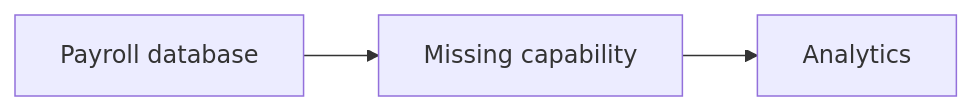
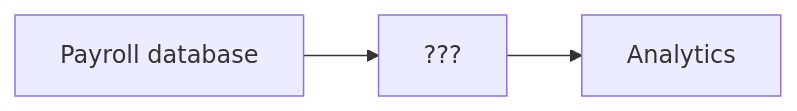
The first of 4 diagrams in content/posts/2026-03-13-impossible-requests-missing-capabilities.md (pasunboneleve/gcp-rust-blog-public), drawn with Mermaid before and after one commit. The commit also changed other lines of this file, not shown here.

````diff
--- a/content/posts/2026-03-13-impossible-requests-missing-capabilities.md
+++ b/content/posts/2026-03-13-impossible-requests-missing-capabilities.md
@@ -27,8 +26,8 @@
 ```mermaid
 flowchart LR
     payroll[Payroll database]
-    capability[Missing capability]
+    capability[???]
     analytics[Analytics]
 
     payroll --> capability --> analytics
 ```
````
